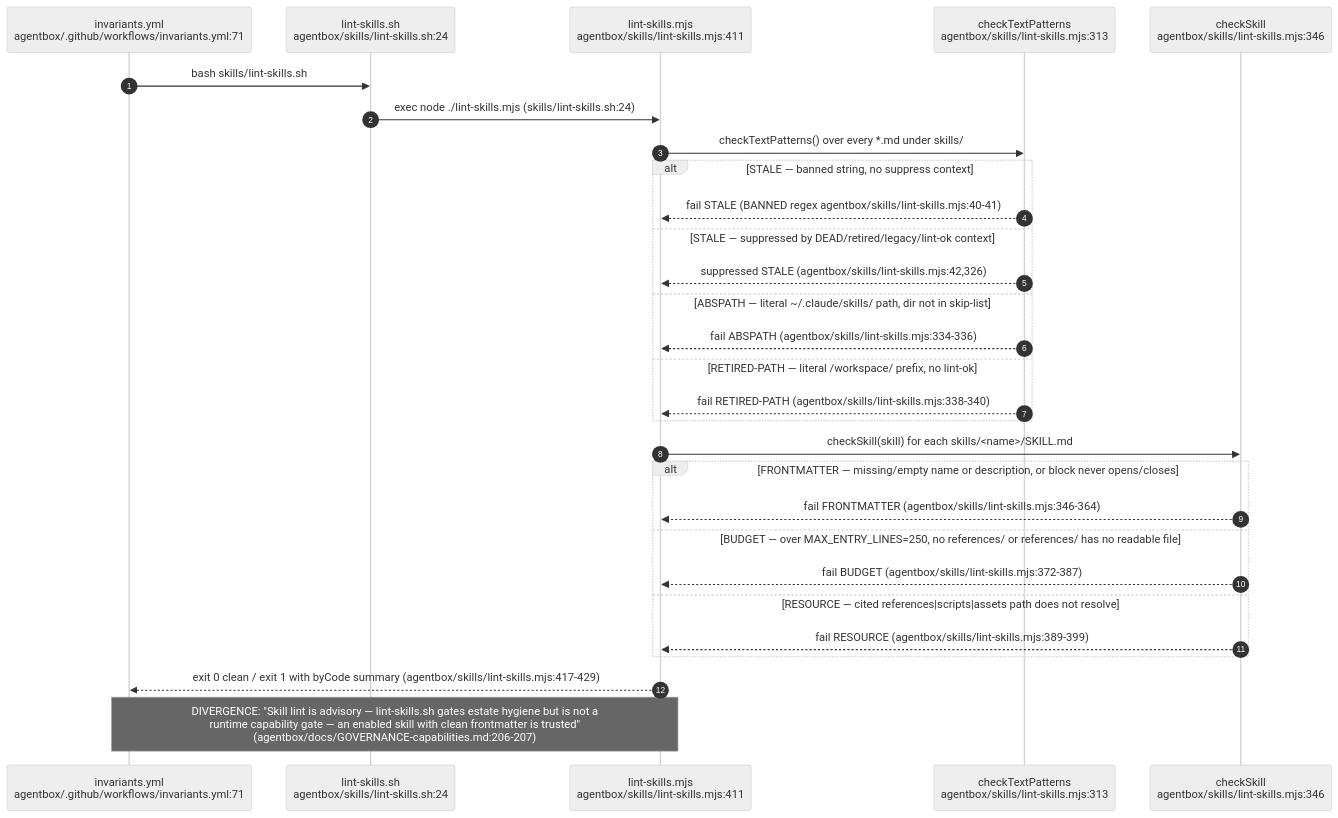
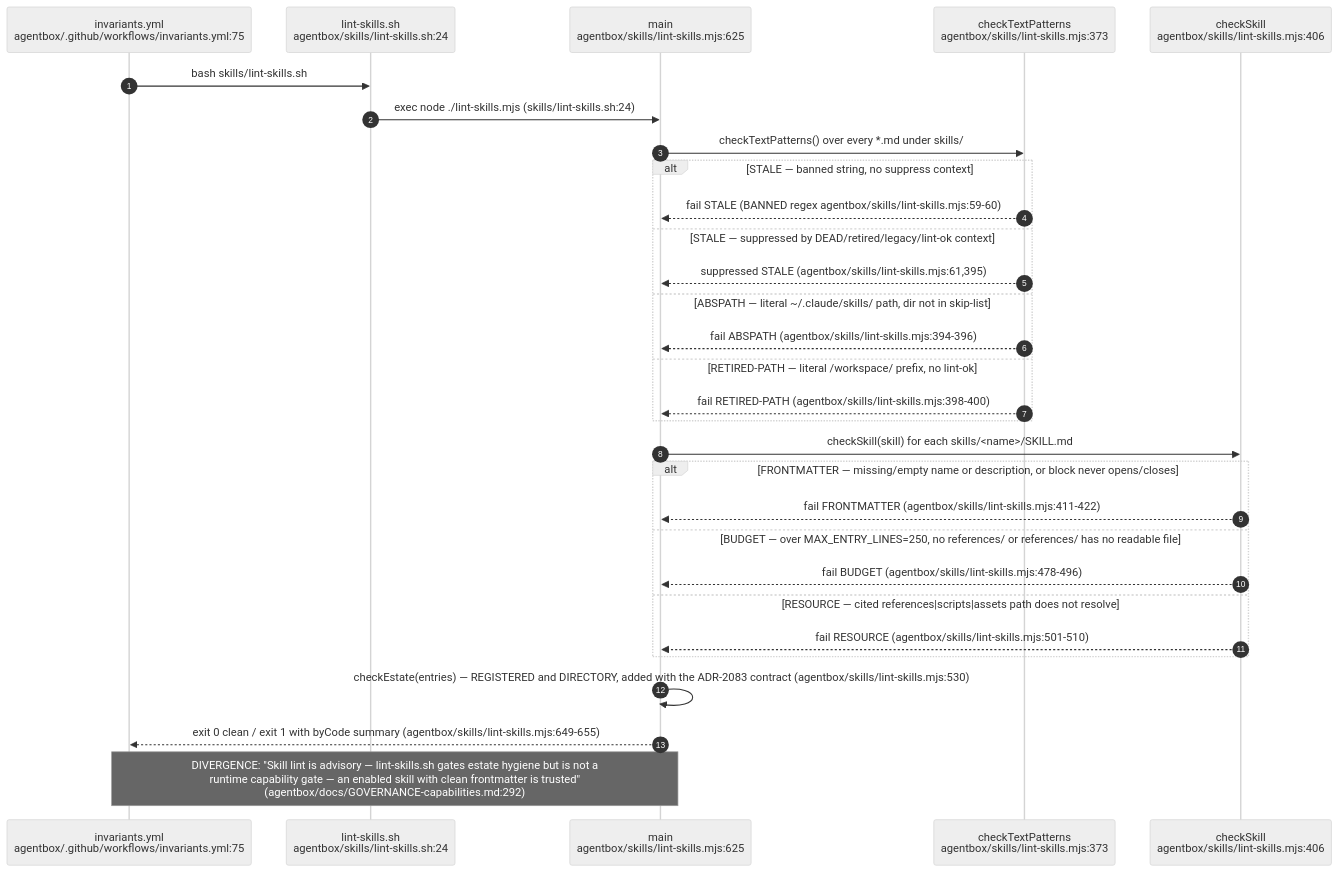
One commit to DreamLab-AI/VisionFlow changed the third of 14 diagrams in docs/diagrams/agentbox/22-skills-and-routing.md. Above: the diagram before and after it, drawn with Mermaid (neutral theme). The commit also changed other lines of this file and 28 other files, not shown here.

````diff
--- a/docs/diagrams/agentbox/22-skills-and-routing.md
+++ b/docs/diagrams/agentbox/22-skills-and-routing.md
@@ -107,32 +130,33 @@
 ```mermaid
 sequenceDiagram
     autonumber
-    participant CI as invariants.yml<br/>agentbox/.github/workflows/invariants.yml:71
+    participant CI as invariants.yml<br/>agentbox/.github/workflows/invariants.yml:75
     participant SH as lint-skills.sh<br/>agentbox/skills/lint-skills.sh:24
-    participant MJS as lint-skills.mjs<br/>agentbox/skills/lint-skills.mjs:411
-    participant TXT as checkTextPatterns<br/>agentbox/skills/lint-skills.mjs:313
-    participant SKC as checkSkill<br/>agentbox/skills/lint-skills.mjs:346
+    participant MJS as main<br/>agentbox/skills/lint-skills.mjs:625
+    participant TXT as checkTextPatterns<br/>agentbox/skills/lint-skills.mjs:373
+    participant SKC as checkSkill<br/>agentbox/skills/lint-skills.mjs:406
 
     CI->>SH: bash skills/lint-skills.sh
     SH->>MJS: exec node ./lint-skills.mjs (skills/lint-skills.sh:24)
     MJS->>TXT: checkTextPatterns() over every *.md under skills/
     alt STALE — banned string, no suppress context
-        TXT-->>MJS: fail STALE (BANNED regex agentbox/skills/lint-skills.mjs:40-41)
+        TXT-->>MJS: fail STALE (BANNED regex agentbox/skills/lint-skills.mjs:59-60)
     else STALE — suppressed by DEAD/retired/legacy/lint-ok context
-        TXT-->>MJS: suppressed STALE (agentbox/skills/lint-skills.mjs:42,326)
+        TXT-->>MJS: suppressed STALE (agentbox/skills/lint-skills.mjs:61,395)
     else ABSPATH — literal ~/.claude/skills/ path, dir not in skip-list
-        TXT-->>MJS: fail ABSPATH (agentbox/skills/lint-skills.mjs:334-336)
+        TXT-->>MJS: fail ABSPATH (agentbox/skills/lint-skills.mjs:394-396)
     else RETIRED-PATH — literal /workspace/ prefix, no lint-ok
-        TXT-->>MJS: fail RETIRED-PATH (agentbox/skills/lint-skills.mjs:338-340)
+        TXT-->>MJS: fail RETIRED-PATH (agentbox/skills/lint-skills.mjs:398-400)
     end
     MJS->>SKC: checkSkill(skill) for each skills/<name>/SKILL.md
     alt FRONTMATTER — missing/empty name or description, or block never opens/closes
-        SKC-->>MJS: fail FRONTMATTER (agentbox/skills/lint-skills.mjs:346-364)
+        SKC-->>MJS: fail FRONTMATTER (agentbox/skills/lint-skills.mjs:411-422)
     else BUDGET — over MAX_ENTRY_LINES=250, no references/ or references/ has no readable file
-        SKC-->>MJS: fail BUDGET (agentbox/skills/lint-skills.mjs:372-387)
+        SKC-->>MJS: fail BUDGET (agentbox/skills/lint-skills.mjs:478-496)
     else RESOURCE — cited references|scripts|assets path does not resolve
-        SKC-->>MJS: fail RESOURCE (agentbox/skills/lint-skills.mjs:389-399)
+        SKC-->>MJS: fail RESOURCE (agentbox/skills/lint-skills.mjs:501-510)
     end
-    MJS-->>CI: exit 0 clean / exit 1 with byCode summary (agentbox/skills/lint-skills.mjs:417-429)
-    Note over MJS,CI: DIVERGENCE: "Skill lint is advisory — lint-skills.sh gates estate hygiene but is not a<br/>runtime capability gate — an enabled skill with clean frontmatter is trusted"<br/>(agentbox/docs/GOVERNANCE-capabilities.md:206-207)
+    MJS->>MJS: checkEstate(entries) — REGISTERED and DIRECTORY, added with the ADR-2083 contract (agentbox/skills/lint-skills.mjs:530)
+    MJS-->>CI: exit 0 clean / exit 1 with byCode summary (agentbox/skills/lint-skills.mjs:649-655)
+    Note over MJS,CI: DIVERGENCE: "Skill lint is advisory — lint-skills.sh gates estate hygiene but is not a<br/>runtime capability gate — an enabled skill with clean frontmatter is trusted"<br/>(agentbox/docs/GOVERNANCE-capabilities.md:292)
 ```
````
